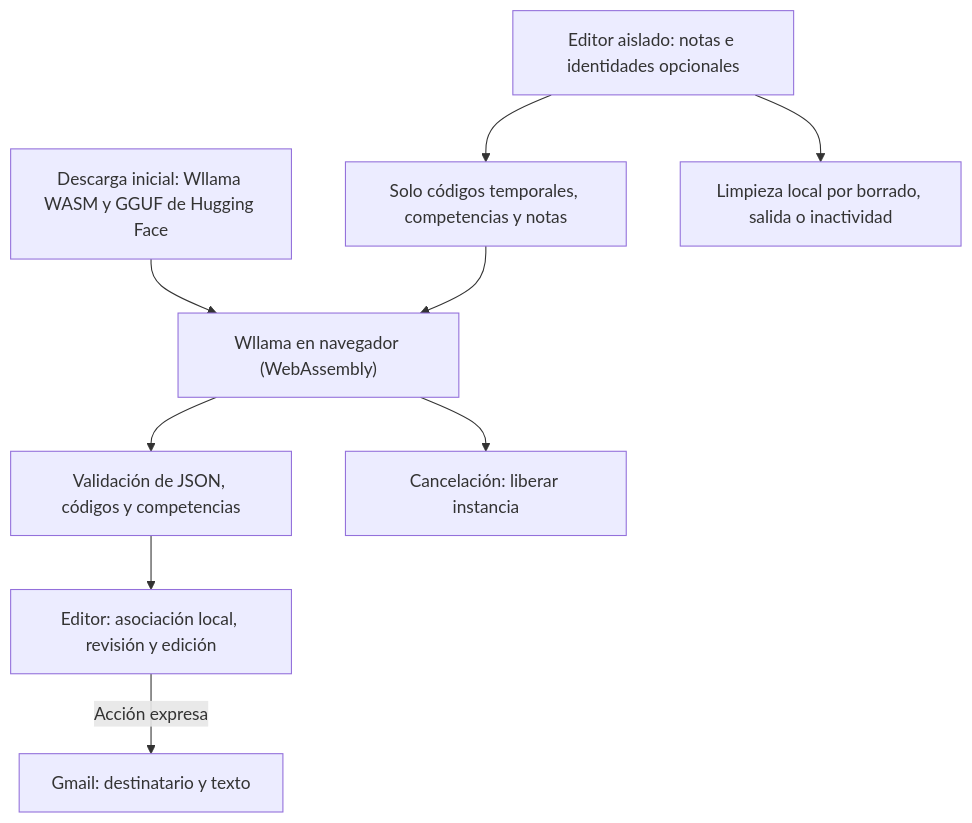
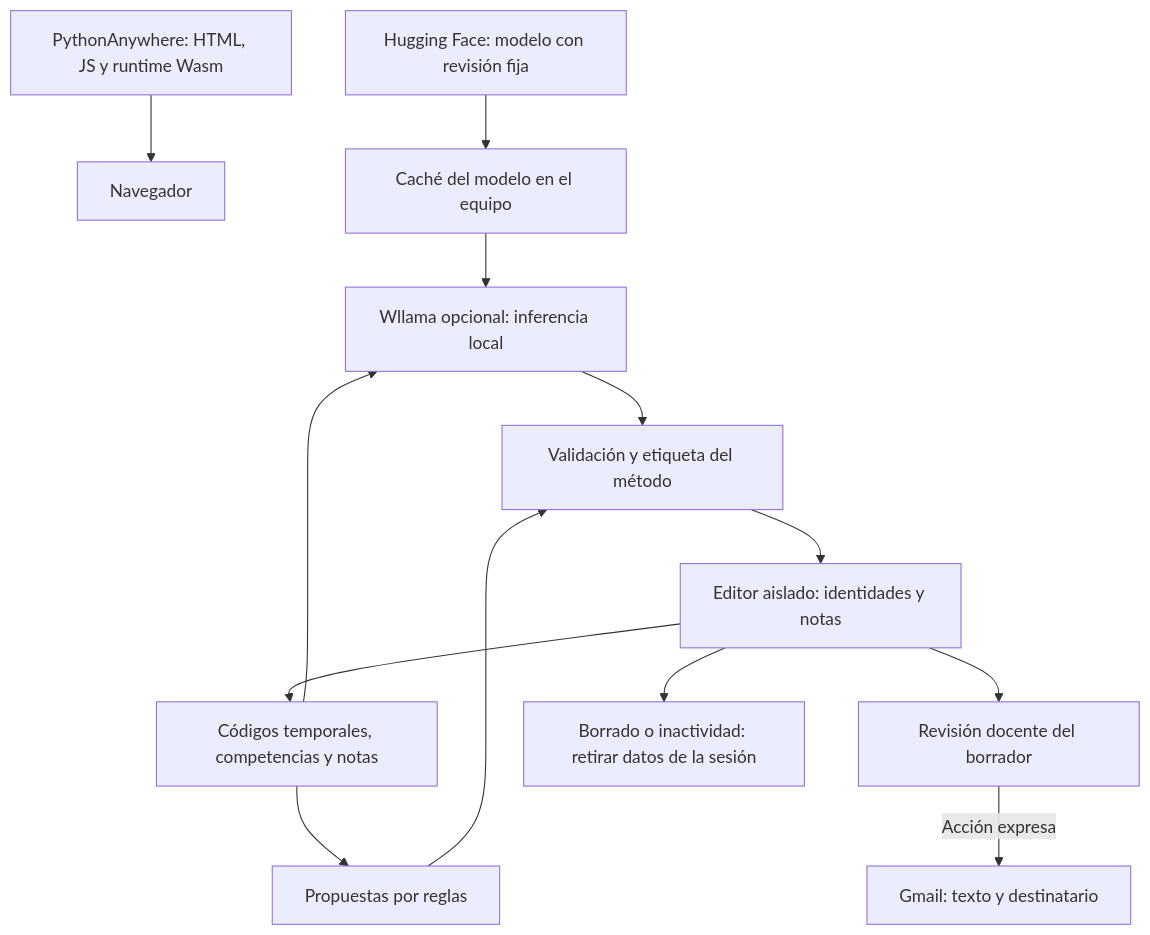
Before and after one commit to cuatrovientos-ci/cc-feedback: the diagram in README.md, drawn with Mermaid. The commit also changed other lines of this file and 41 other files, not shown here.

````diff
--- a/README.md
+++ b/README.md
@@ -38,11 +33,15 @@
 ```mermaid
 flowchart TD
-    D["Descarga inicial: Wllama WASM y GGUF de Hugging Face"] --> W["Wllama en navegador (WebAssembly)"]
-    E["Editor aislado: notas e identidades opcionales"] --> P["Solo códigos temporales, competencias y notas"]
-    P --> W
-    W --> V["Validación de JSON, códigos y competencias"]
-    V --> R["Editor: asociación local, revisión y edición"]
-    R -->|"Acción expresa"| G["Gmail: destinatario y texto"]
-    E --> X["Limpieza local por borrado, salida o inactividad"]
-    W --> C["Cancelación: liberar instancia"]
+    H[PythonAnywhere: HTML, JS y runtime Wasm] --> B[Navegador]
+    HF[Hugging Face: modelo con revisión fija] --> C[Caché del modelo en el equipo]
+    E[Editor aislado: identidades y notas] --> P[Códigos temporales, competencias y notas]
+    P --> R[Propuestas por reglas]
+    P --> W[Wllama opcional: inferencia local]
+    C --> W
+    R --> V[Validación y etiqueta del método]
+    W --> V
+    V --> E
+    E --> D[Revisión docente del borrador]
+    D -->|Acción expresa| G[Gmail: texto y destinatario]
+    E --> X[Borrado o inactividad: retirar datos de la sesión]
 ```
````
